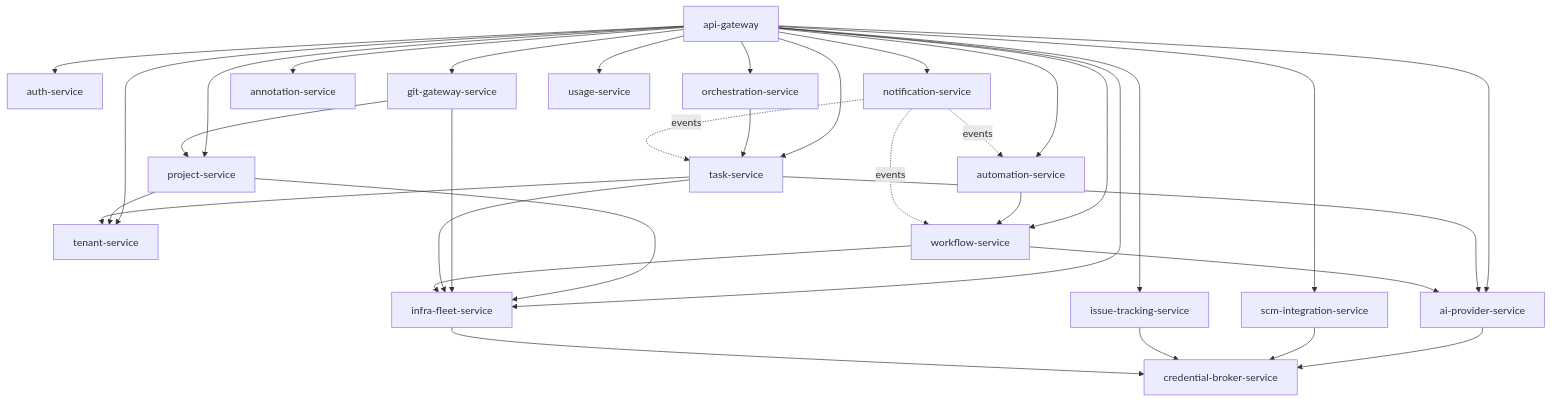
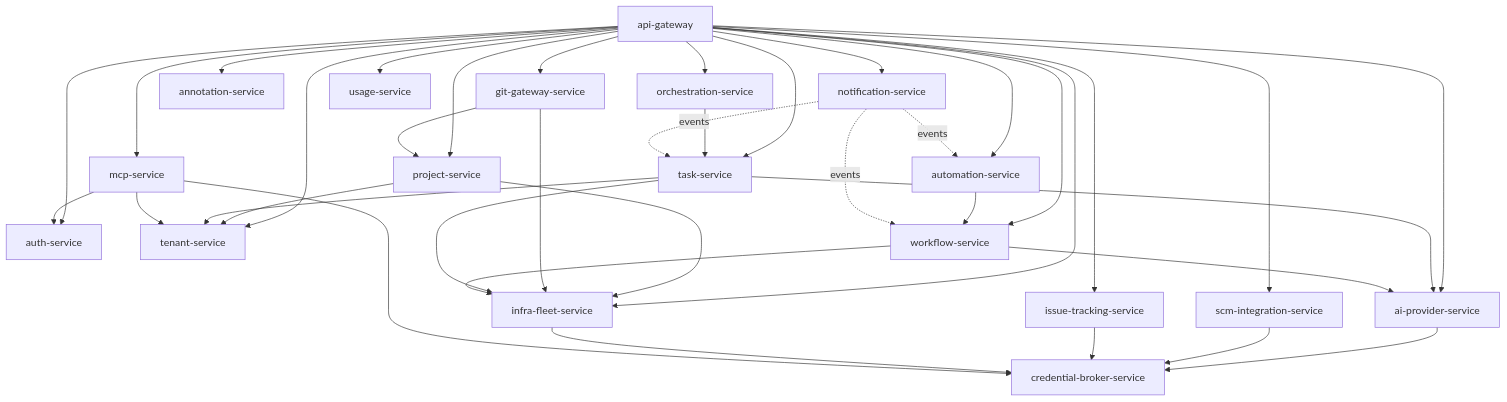
One commit to vnp-community/orca changed the diagram in specs/backend-go/tdd/architecture/02-microservices-decomposition.md. Above: the diagram before and after it, drawn with Mermaid. The commit also changed other lines of this file and 99 other files, not shown here.

````diff
--- a/specs/backend-go/tdd/architecture/02-microservices-decomposition.md
+++ b/specs/backend-go/tdd/architecture/02-microservices-decomposition.md
@@ -112,55 +113,60 @@
 ```mermaid
 flowchart TB
   gw[api-gateway]
   auth[auth-service]
   tenant[tenant-service]
   proj[project-service]
   infra[infra-fleet-service]
   git[git-gateway-service]
   scm[scm-integration-service]
   issue[issue-tracking-service]
   aiprov[ai-provider-service]
   wf[workflow-service]
   task[task-service]
   orch[orchestration-service]
   auto[automation-service]
   annot[annotation-service]
   notif[notification-service]
   usage[usage-service]
   cred[credential-broker-service]
+  mcp[mcp-service]
 
   gw --> auth
   gw --> tenant
   gw --> proj
   gw --> infra
   gw --> git
   gw --> scm
   gw --> issue
   gw --> aiprov
   gw --> wf
   gw --> task
   gw --> orch
   gw --> auto
   gw --> annot
   gw --> notif
   gw --> usage
+  gw --> mcp
 
   proj --> tenant
   proj --> infra
   git --> proj
   git --> infra
   task --> tenant
   task --> aiprov
   task --> infra
   wf --> aiprov
   wf --> infra
   auto --> wf
   aiprov --> cred
   scm --> cred
   issue --> cred
   infra --> cred
   orch --> task
+  mcp --> auth
+  mcp --> tenant
+  mcp --> cred
   notif -.events.-> task
   notif -.events.-> wf
   notif -.events.-> auto
 ```
````
